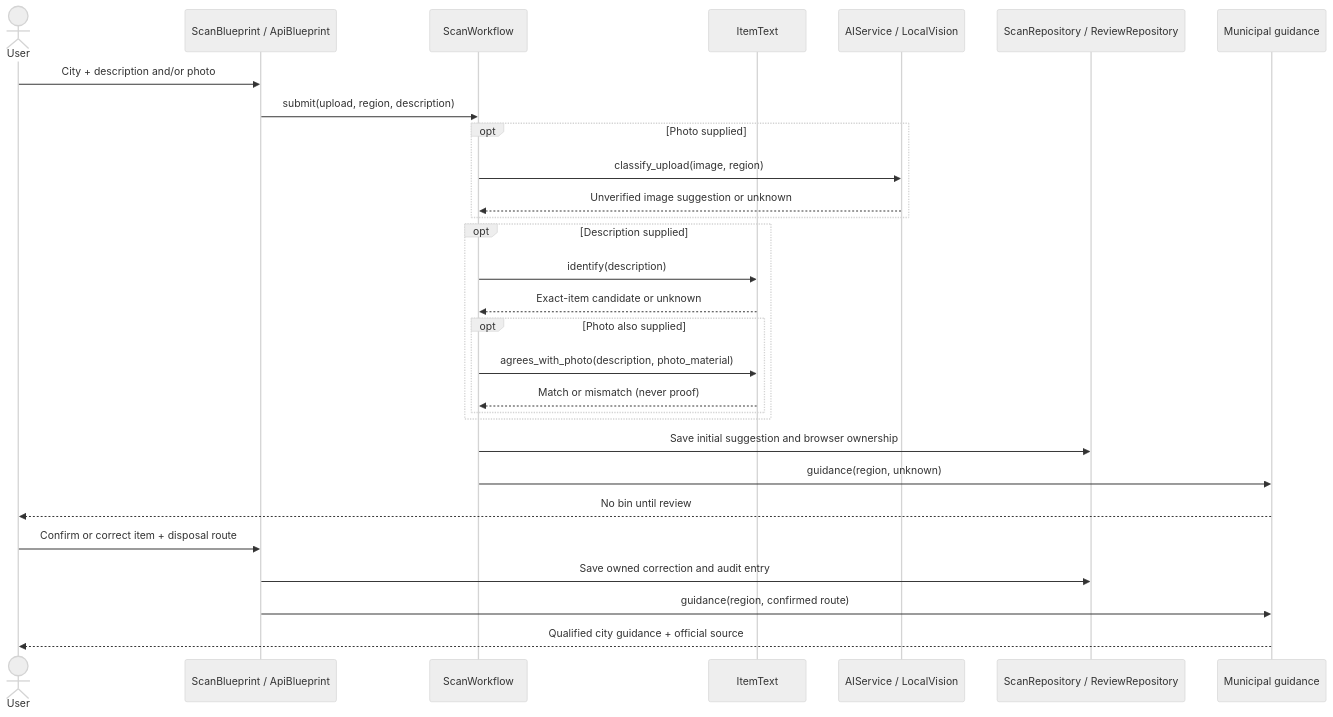
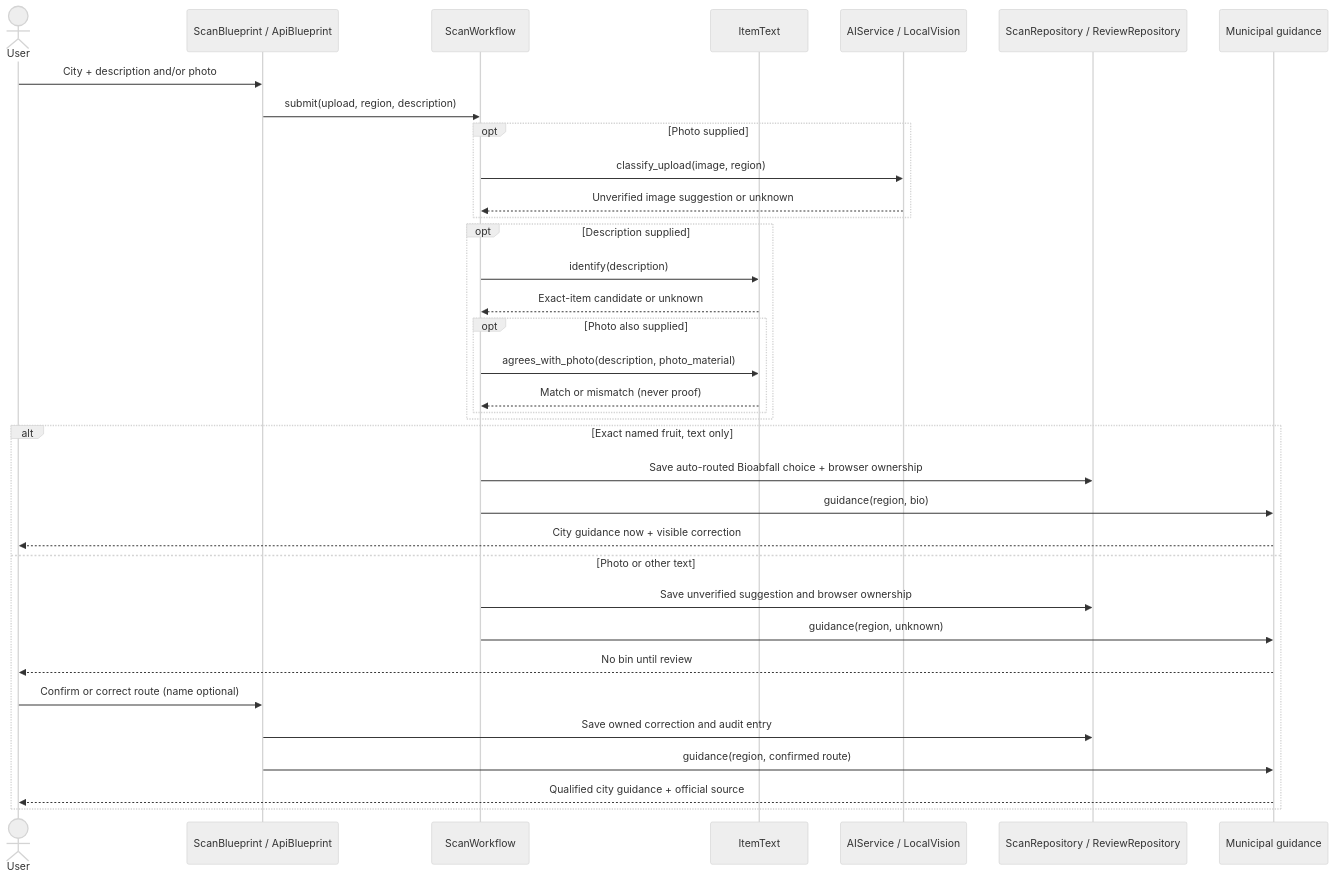
Diagram 11 of 11 in README.md (Timmyy3000/waste-sorting-assistant), drawn with Mermaid (neutral theme) before and after one commit. The commit also changed other lines of this file and 13 other files, not shown here.

Commit message:
feat: auto-route named fruit and display raw photo match scores

````diff
--- a/README.md
+++ b/README.md
@@ -655,31 +672,37 @@
 ```mermaid
 sequenceDiagram
     actor User
     participant Web as ScanBlueprint / ApiBlueprint
     participant Flow as ScanWorkflow
     participant Text as ItemText
     participant Vision as AIService / LocalVision
     participant DB as ScanRepository / ReviewRepository
     participant Guide as Municipal guidance
     User->>Web: City + description and/or photo
     Web->>Flow: submit(upload, region, description)
     opt Photo supplied
         Flow->>Vision: classify_upload(image, region)
         Vision-->>Flow: Unverified image suggestion or unknown
     end
     opt Description supplied
         Flow->>Text: identify(description)
         Text-->>Flow: Exact-item candidate or unknown
         opt Photo also supplied
             Flow->>Text: agrees_with_photo(description, photo_material)
             Text-->>Flow: Match or mismatch (never proof)
         end
     end
-    Flow->>DB: Save initial suggestion and browser ownership
-    Flow->>Guide: guidance(region, unknown)
-    Guide-->>User: No bin until review
-    User->>Web: Confirm or correct item + disposal route
-    Web->>DB: Save owned correction and audit entry
-    Web->>Guide: guidance(region, confirmed route)
-    Guide-->>User: Qualified city guidance + official source
+    alt Exact named fruit, text only
+        Flow->>DB: Save auto-routed Bioabfall choice + browser ownership
+        Flow->>Guide: guidance(region, bio)
+        Guide-->>User: City guidance now + visible correction
+    else Photo or other text
+        Flow->>DB: Save unverified suggestion and browser ownership
+        Flow->>Guide: guidance(region, unknown)
+        Guide-->>User: No bin until review
+        User->>Web: Confirm or correct route (name optional)
+        Web->>DB: Save owned correction and audit entry
+        Web->>Guide: guidance(region, confirmed route)
+        Guide-->>User: Qualified city guidance + official source
+    end
 ```
````
